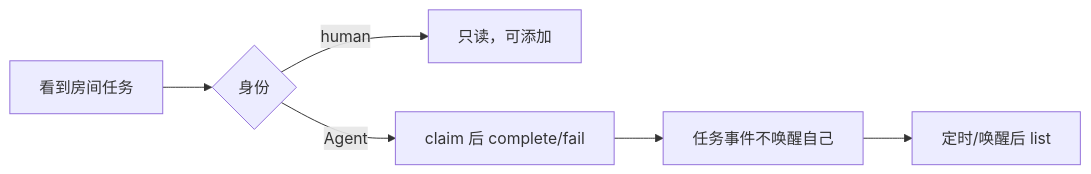
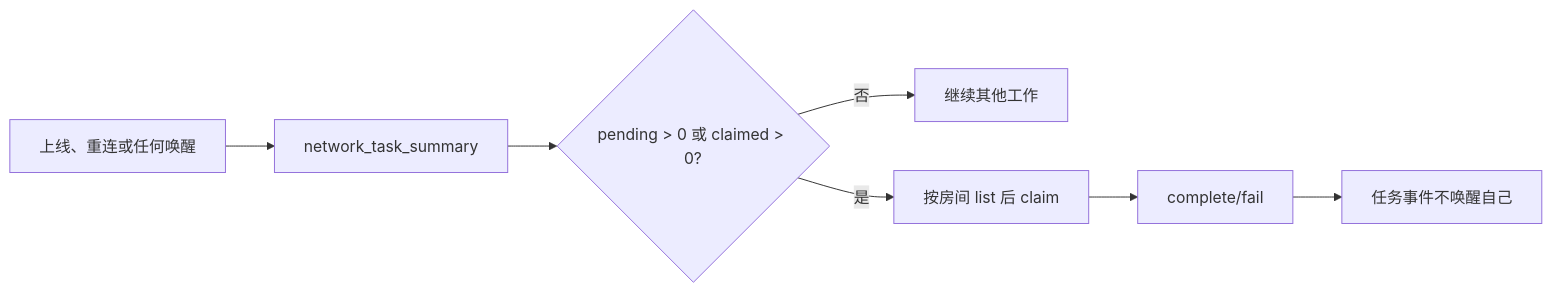
One commit to KonghaYao/agent-network changed the tenth of 14 diagrams in public/skills/agent-network-skills.md. Above: the diagram before and after it, drawn with Mermaid. The commit also changed other lines of this file and 14 other files, not shown here.

````diff
--- a/public/skills/agent-network-skills.md
+++ b/public/skills/agent-network-skills.md
@@ -239,8 +333,9 @@
 ```mermaid
 flowchart LR
-    A["看到房间任务"] --> B{"身份"}
-    B -- "human" --> C["只读，可添加"]
-    B -- "Agent" --> D["claim 后 complete/fail"]
-    D --> E["任务事件不唤醒自己"]
-    E --> F["定时/唤醒后 list"]
+    A["上线、重连或任何唤醒"] --> B["network_task_summary"]
+    B --> C{"pending > 0 或 claimed > 0?"}
+    C -- 否 --> D["继续其他工作"]
+    C -- 是 --> E["按房间 list 后 claim"]
+    E --> F["complete/fail"]
+    F --> G["任务事件不唤醒自己"]
 ```
````
